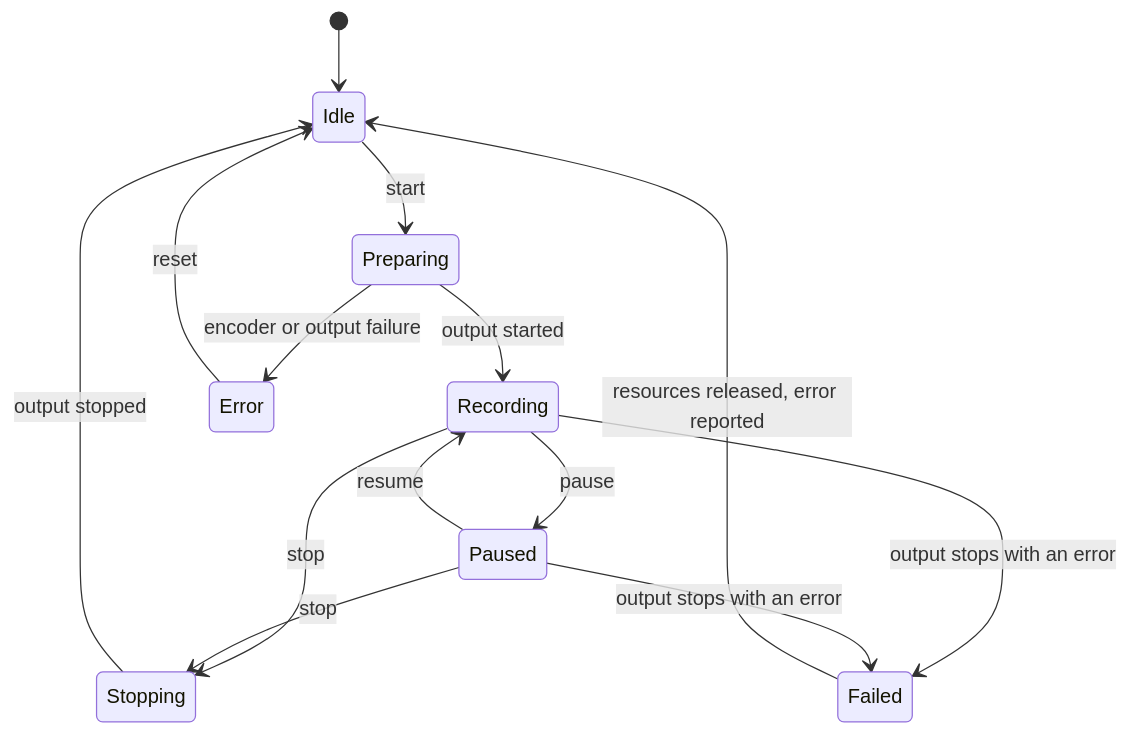
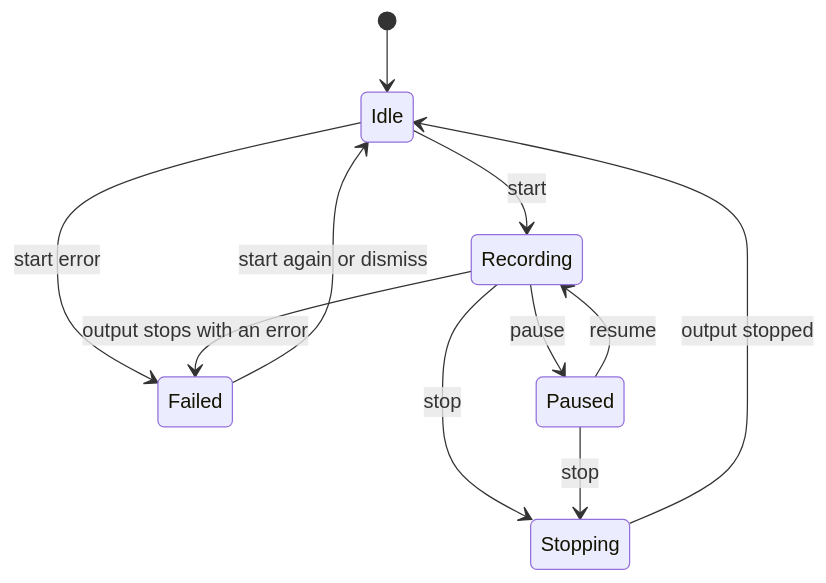
Before and after one commit to Aragami-Korosu/obs-selective-recording: the second of 3 diagrams in docs/ARCHITECTURE.md, drawn with Mermaid. The commit also changed other lines of this file and 22 other files, not shown here.

````diff
--- a/docs/ARCHITECTURE.md
+++ b/docs/ARCHITECTURE.md
@@ -164,16 +76,13 @@
 ```mermaid
 stateDiagram-v2
     [*] --> Idle
-    Idle --> Preparing: start
-    Preparing --> Recording: output started
-    Preparing --> Error: encoder or output failure
+    Idle --> Recording: start
+    Idle --> Failed: start error
     Recording --> Paused: pause
     Paused --> Recording: resume
     Recording --> Stopping: stop
     Paused --> Stopping: stop
+    Stopping --> Idle: output stopped
     Recording --> Failed: output stops with an error
-    Paused --> Failed: output stops with an error
-    Stopping --> Idle: output stopped
-    Failed --> Idle: resources released, error reported
-    Error --> Idle: reset
+    Failed --> Idle: start again or dismiss
 ```
````
